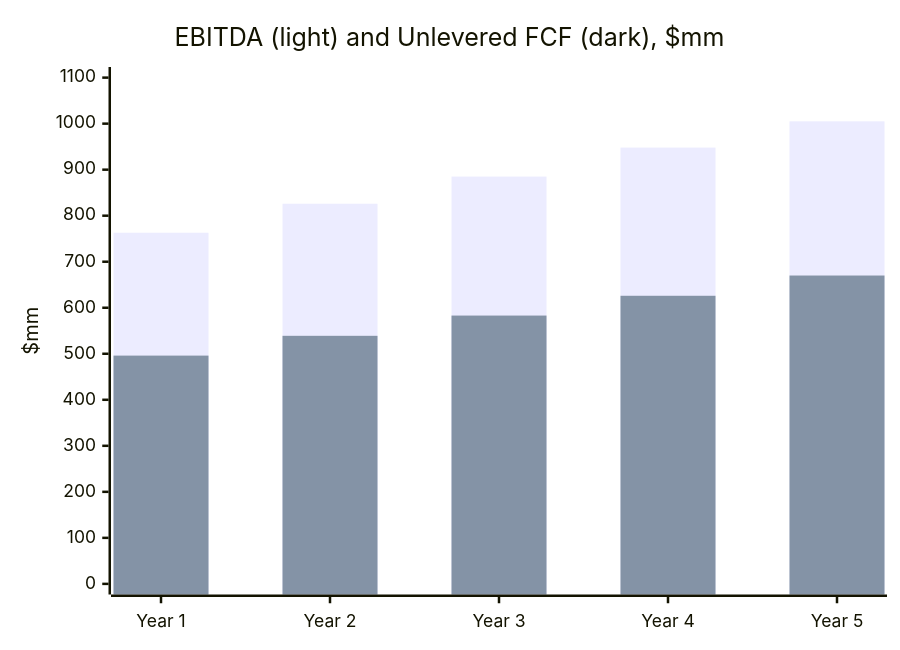
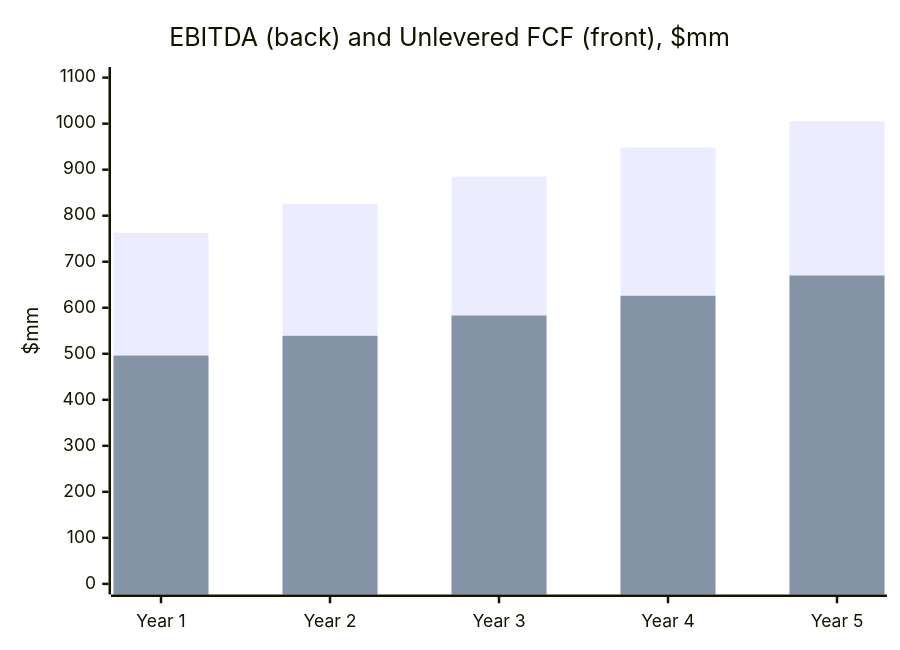
The diagram in README.md (max-drachler/dcf-valuation-model), drawn with Mermaid before and after one commit.

Commit message:
Update chart title in README.md

```diff
--- a/README.md
+++ b/README.md
@@ -33,8 +33,8 @@
 ~~~mermaid
 xychart-beta
-    title "EBITDA (light) and Unlevered FCF (dark), $mm"
+    title "EBITDA (back) and Unlevered FCF (front), $mm"
     x-axis ["Year 1", "Year 2", "Year 3", "Year 4", "Year 5"]
     y-axis "$mm" 0 --> 1100
     bar [763, 826, 885, 948, 1005]
     bar [496, 539, 583, 626, 670]
 ~~~
```
